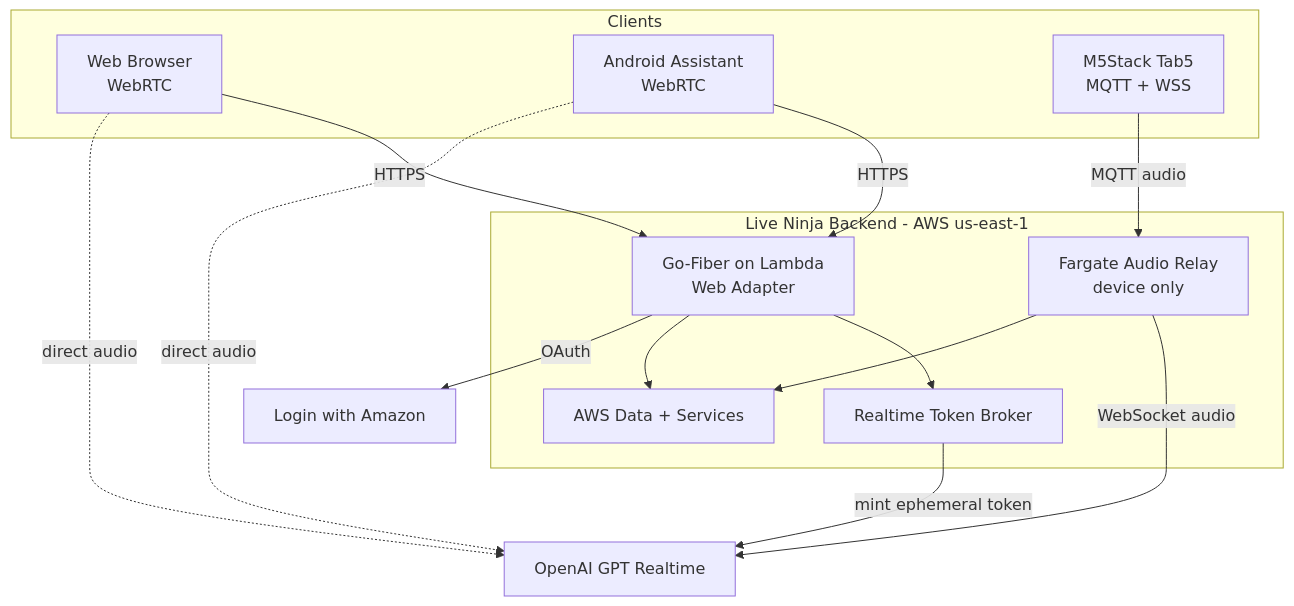
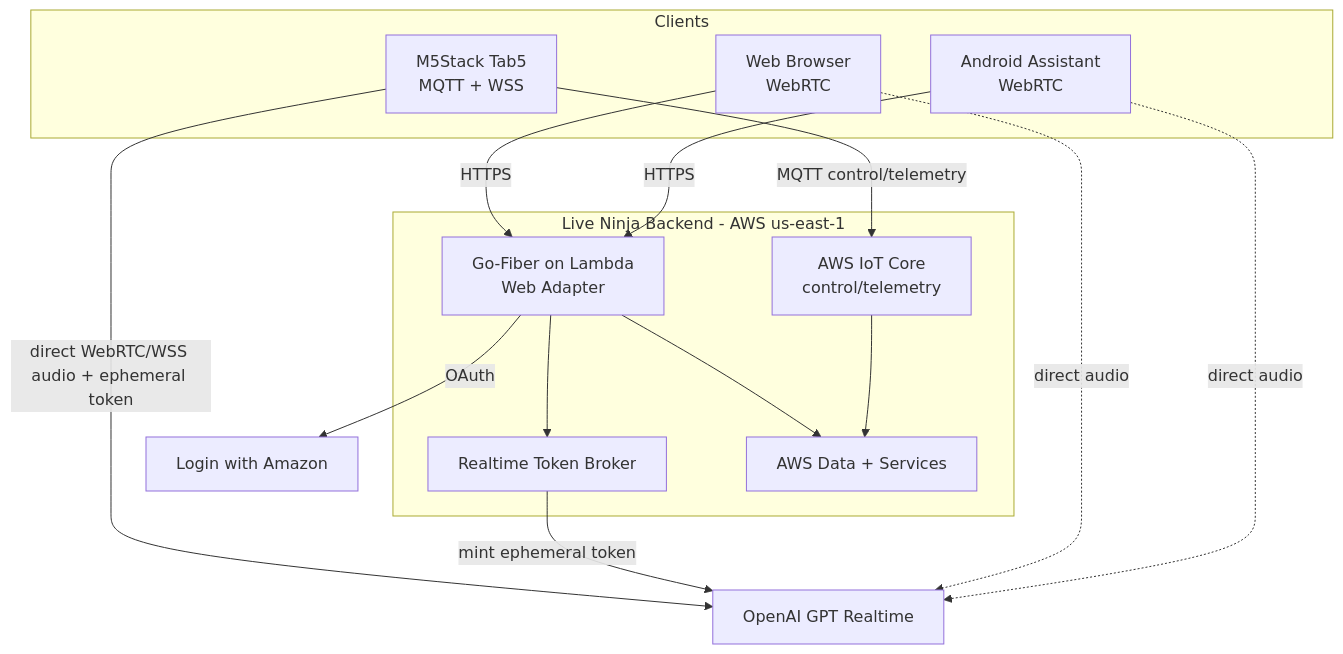
Before and after one commit to JeremyProffittOrg/live-ninja: the third of 8 diagrams in plan.md, drawn with Mermaid. The commit also changed other lines of this file and 3 other files, not shown here.

First line of the commit message:
Merge best-of comparison into PRD; make M5Stack audio direct-to-OpenAI; memory into main plan; fix mockup gallery paths

````diff
--- a/plan.md
+++ b/plan.md
@@ -124,30 +124,30 @@
 ```mermaid
 flowchart TB
     subgraph Clients
         WEB["Web Browser<br/>WebRTC"]
         AND["Android Assistant<br/>WebRTC"]
         M5["M5Stack Tab5<br/>MQTT + WSS"]
     end
 
     subgraph Backend["Live Ninja Backend - AWS us-east-1"]
         FIBER["Go-Fiber on Lambda<br/>Web Adapter"]
         BROKER["Realtime Token Broker"]
-        RELAY["Fargate Audio Relay<br/>device only"]
+        IOT["AWS IoT Core<br/>control/telemetry"]
         DATA["AWS Data + Services"]
     end
 
     OAI["OpenAI GPT Realtime"]
     LWA["Login with Amazon"]
 
     WEB -->|HTTPS| FIBER
     AND -->|HTTPS| FIBER
-    M5 -->|MQTT audio| RELAY
+    M5 -->|MQTT control/telemetry| IOT
+    M5 -->|direct WebRTC/WSS audio + ephemeral token| OAI
     FIBER --> BROKER
     FIBER --> DATA
+    IOT --> DATA
     BROKER -->|mint ephemeral token| OAI
-    RELAY -->|WebSocket audio| OAI
     WEB -.->|direct audio| OAI
     AND -.->|direct audio| OAI
     FIBER -->|OAuth| LWA
-    RELAY --> DATA
 ```
````
